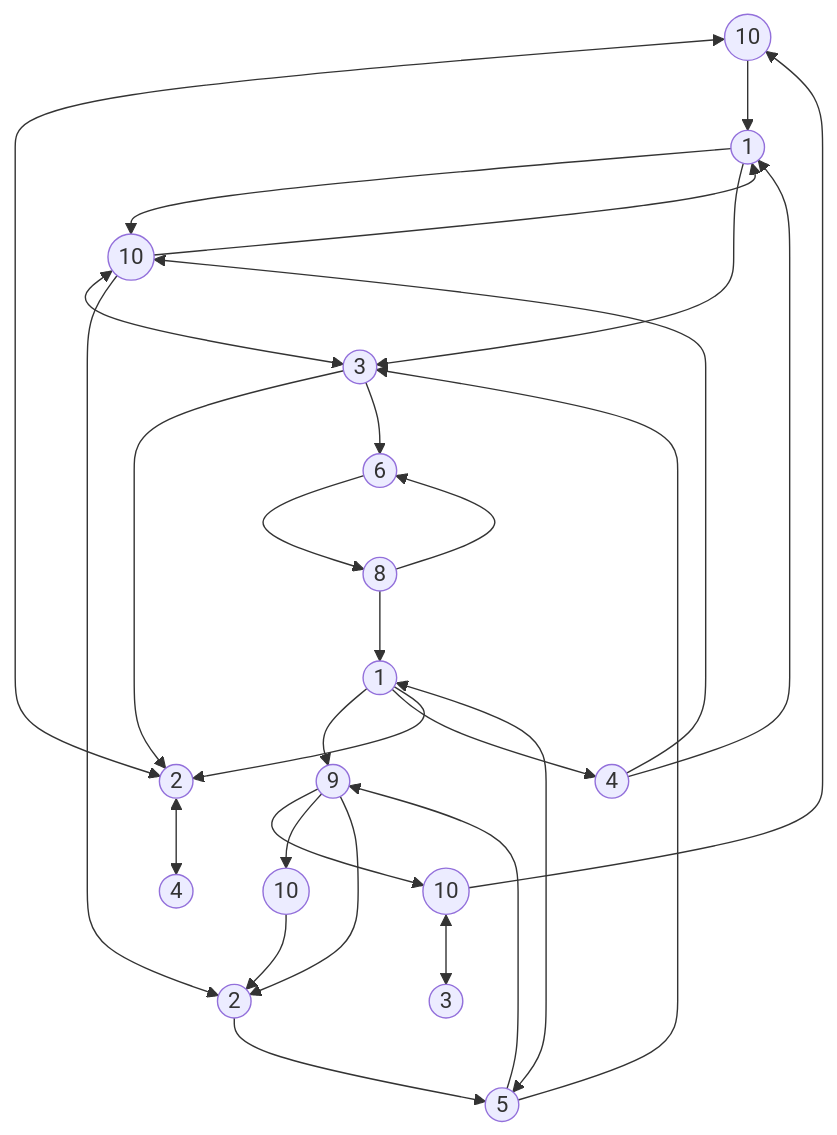
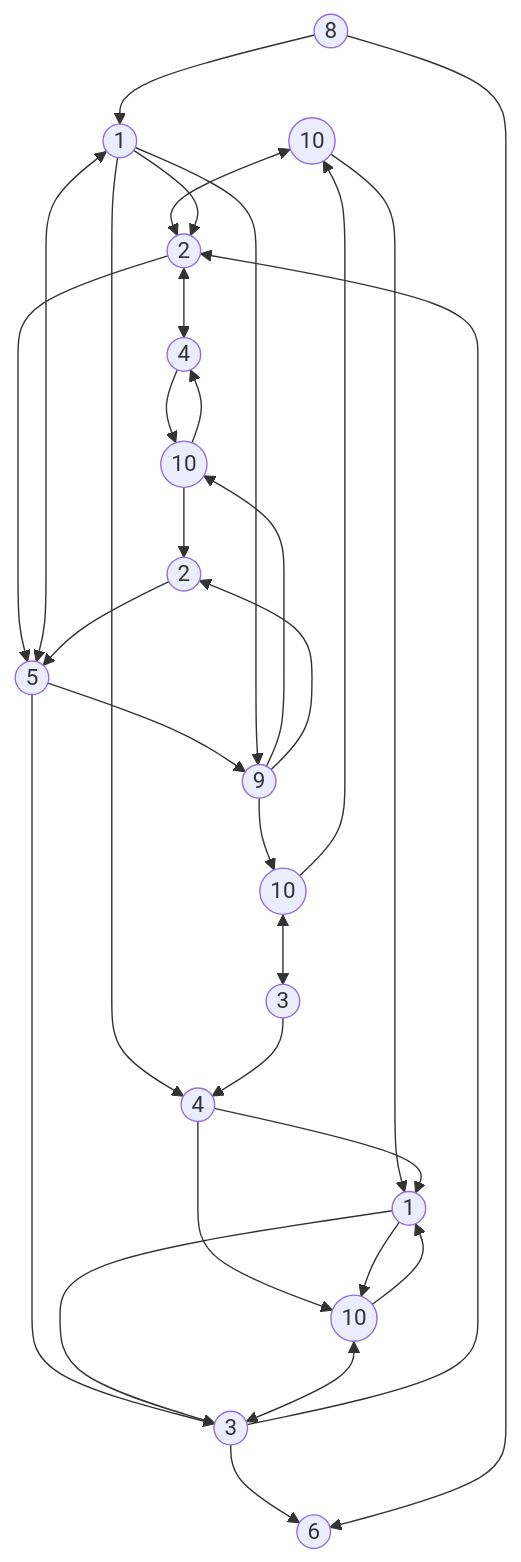
The diagram in README.md (WilliamG-LORA/NLP-Test), drawn with Mermaid before and after one commit.

````diff
--- a/README.md
+++ b/README.md
@@ -17,48 +17,50 @@
 ```mermaid
 flowchart
 A((10))
 B((2))
 C((5))
 D((3))
 E((1))
 F((9))
 G((4))
 H((10))
 I((1))
 J((10))
 K((8))
 L((4))
 M((6))
 N((10))
 O((2))
 P((3))
 
 A<-->B
 A-->I
 B<-->L
+B-->C
 C-->D
 C-->F
 D-->B
 D-->M
 E-->F
 E-->G
 E-->B
 E<-->C
 F-->H
+P-->G
 F-->N
 F-->O
 G-->I
 G-->J
 H-->A
 H<-->P
 I-->J
 I-->D
 J-->I
 J<-->D
-J-->O
 K-->E
 K-->M
+L-->N
 N-->O
-M-->K
+N-->L
 O-->C
 ```
````
